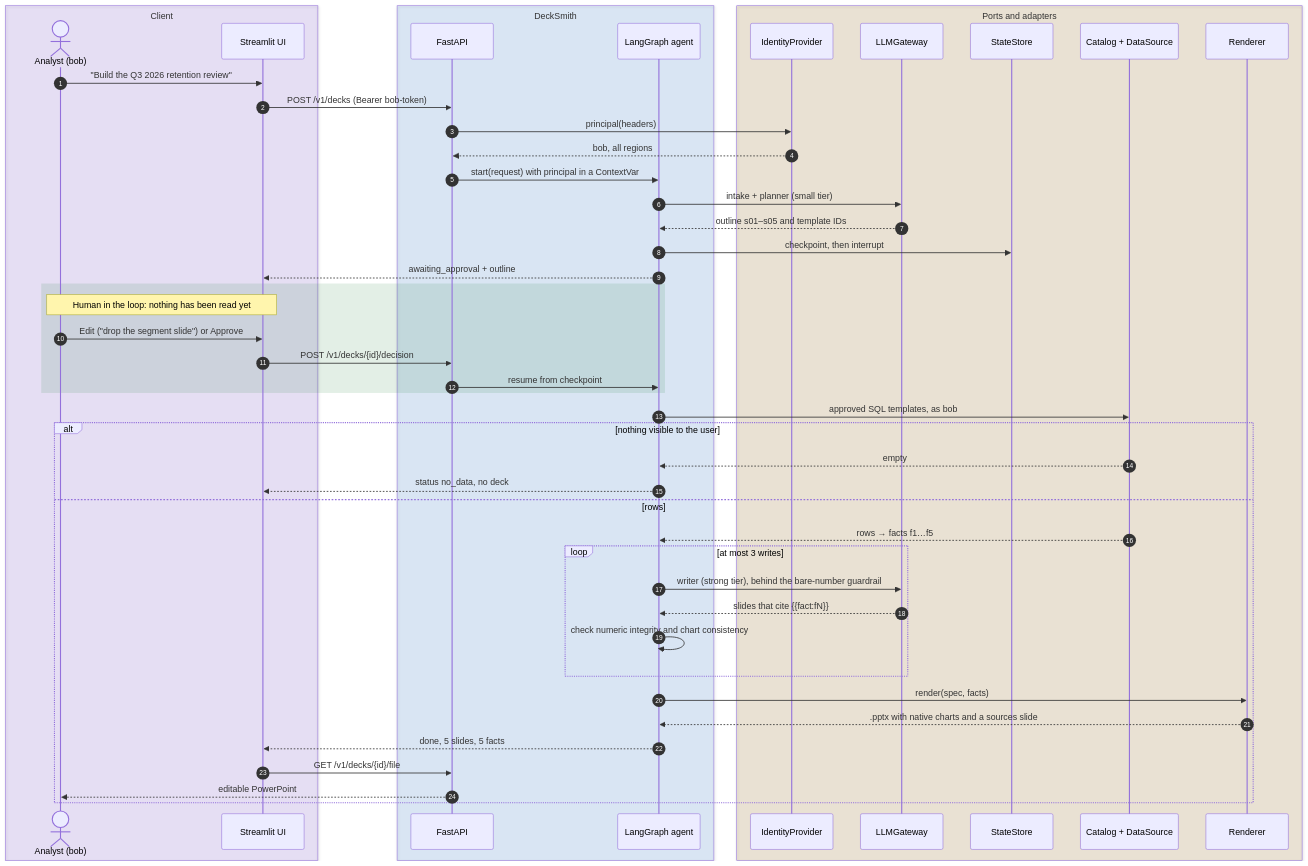
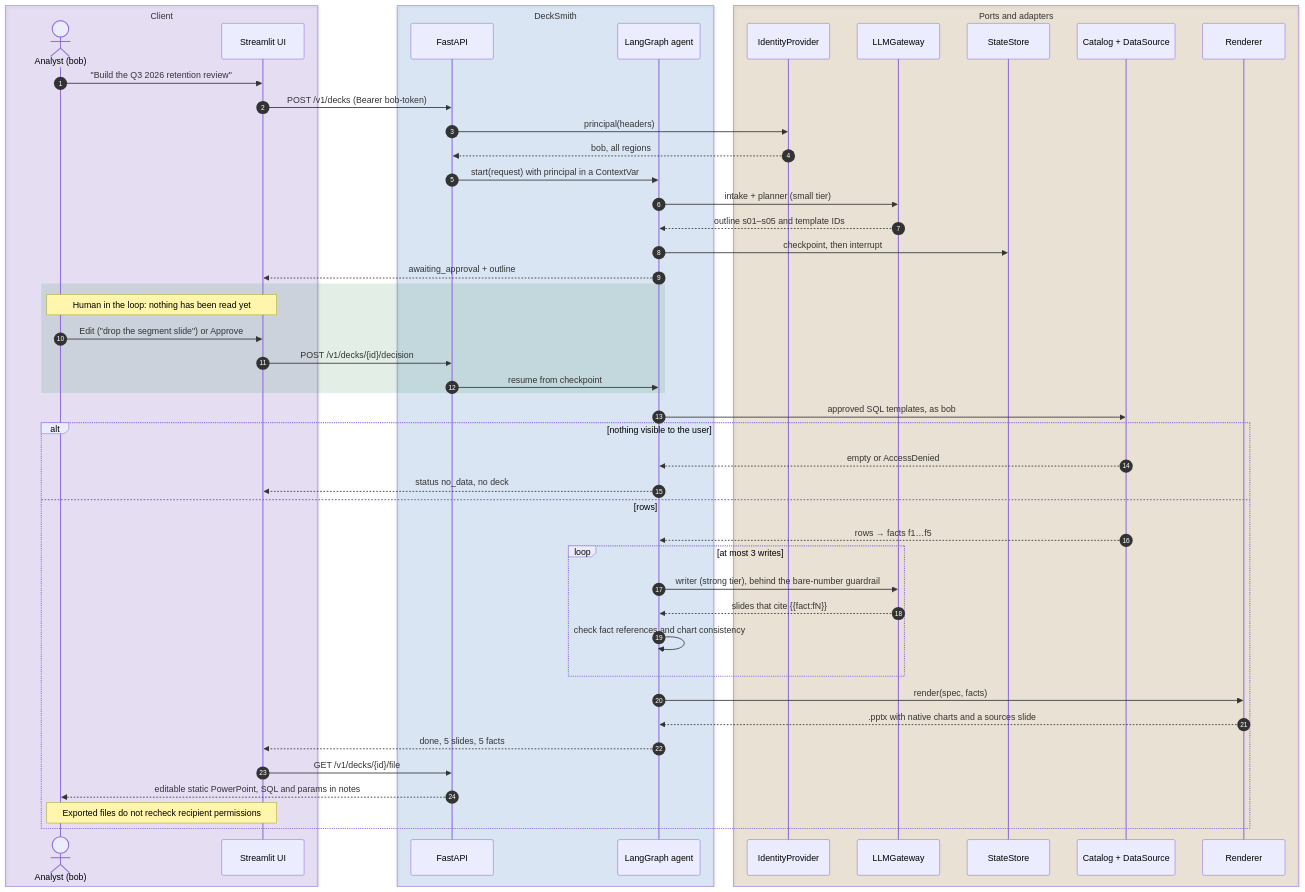
The diagram in docs/diagrams/request-sequence.mmd (santoshshinde2012/deck-smith-local), drawn with Mermaid before and after one commit. The commit also changed 30 other files, not shown here.

```diff
--- a/docs/diagrams/request-sequence.mmd
+++ b/docs/diagrams/request-sequence.mmd
@@ -1,52 +1,53 @@
 %% diagram: request-sequence
 %% caption: Request to deck. The run pauses for approval before any data is read; data is fetched as the user; the writer is guarded and checked before rendering.
 sequenceDiagram
   autonumber
   box rgba(130,80,223,0.14) Client
     actor U as Analyst (bob)
     participant UI as Streamlit UI
   end
   box rgba(9,105,218,0.12) DeckSmith
     participant API as FastAPI
     participant G as LangGraph agent
   end
   box rgba(154,103,0,0.14) Ports and adapters
     participant ID as IdentityProvider
     participant L as LLMGateway
     participant ST as StateStore
     participant D as Catalog + DataSource
     participant R as Renderer
   end
 
   U->>UI: "Build the Q3 2026 retention review"
   UI->>API: POST /v1/decks (Bearer bob-token)
   API->>ID: principal(headers)
   ID-->>API: bob, all regions
   API->>G: start(request) with principal in a ContextVar
   G->>L: intake + planner (small tier)
   L-->>G: outline s01–s05 and template IDs
   G->>ST: checkpoint, then interrupt
   G-->>UI: awaiting_approval + outline
   rect rgba(26,127,55,0.12)
     Note over U,UI: Human in the loop: nothing has been read yet
     U->>UI: Edit ("drop the segment slide") or Approve
     UI->>API: POST /v1/decks/{id}/decision
     API->>G: resume from checkpoint
   end
   G->>D: approved SQL templates, as bob
   alt nothing visible to the user
-    D-->>G: empty
+    D-->>G: empty or AccessDenied
     G-->>UI: status no_data, no deck
   else rows
     D-->>G: rows → facts f1…f5
     loop at most 3 writes
       G->>L: writer (strong tier), behind the bare-number guardrail
       L-->>G: slides that cite {{fact:fN}}
-      G->>G: check numeric integrity and chart consistency
+    G->>G: check fact references and chart consistency
     end
     G->>R: render(spec, facts)
     R-->>G: .pptx with native charts and a sources slide
     G-->>UI: done, 5 slides, 5 facts
     UI->>API: GET /v1/decks/{id}/file
-    API-->>U: editable PowerPoint
+    API-->>U: editable static PowerPoint, SQL and params in notes
+    Note over U,UI: Exported files do not recheck recipient permissions
   end
```
